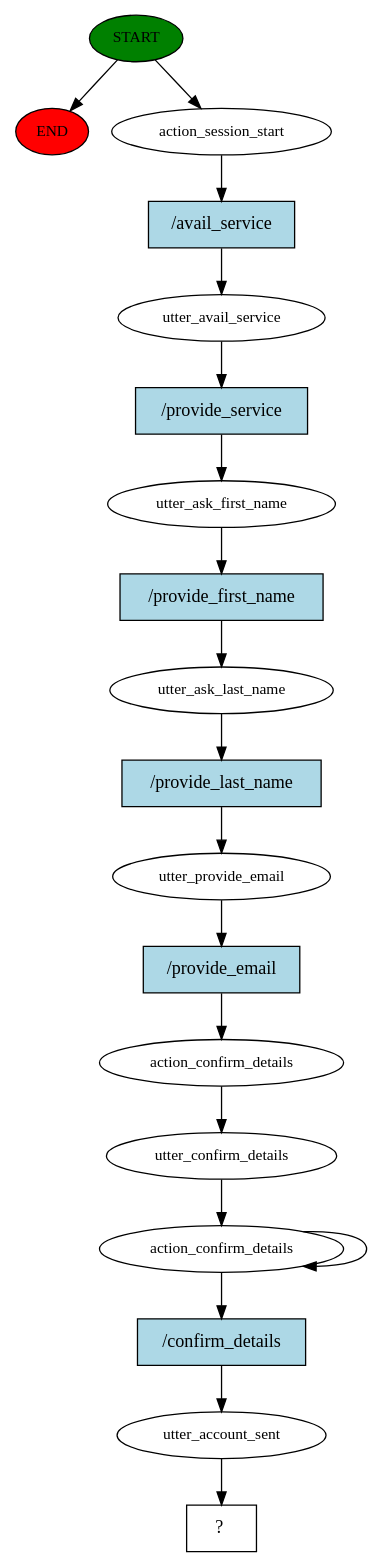
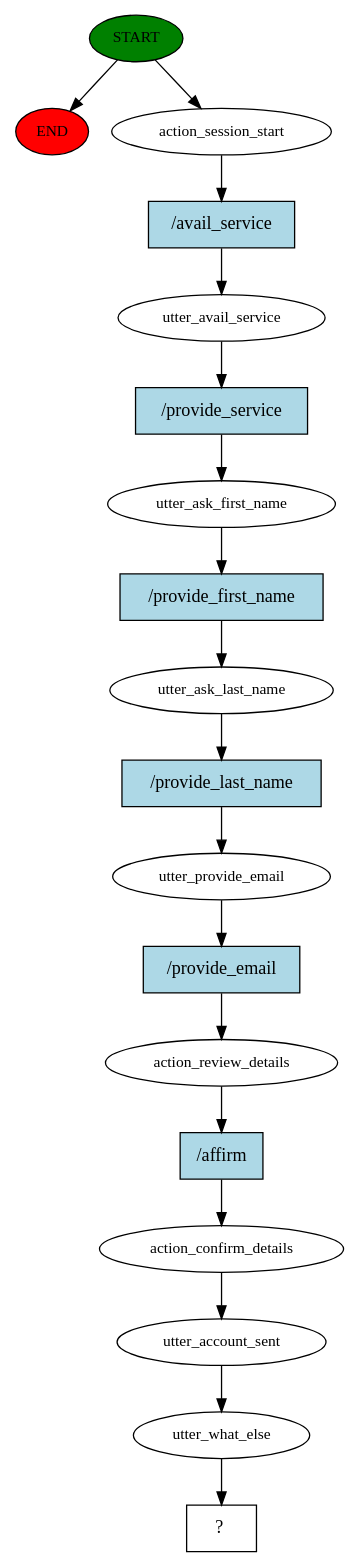
Before and after one commit to kazeulo/TUKIB: the diagram in LIRA Chatbot/story_graph.dot, drawn with Graphviz. The commit also changed 203 other files, not shown here.

```diff
--- a/LIRA Chatbot/story_graph.dot
+++ b/LIRA Chatbot/story_graph.dot
@@ -1,38 +1,37 @@
 digraph  {
 0 [class="start active", fillcolor=green, fontsize=12, label=START, style=filled];
 "-1" [class=end, fillcolor=red, fontsize=12, label=END, style=filled];
 1 [class=active, fontsize=12, label=action_session_start];
 2 [class=active, fontsize=12, label=utter_avail_service];
 3 [class=active, fontsize=12, label=utter_ask_first_name];
 4 [class=active, fontsize=12, label=utter_ask_last_name];
 5 [class=active, fontsize=12, label=utter_provide_email];
-6 [class=active, fontsize=12, label=action_confirm_details];
-7 [class=active, fontsize=12, label=utter_confirm_details];
-8 [class=active, fontsize=12, label=action_confirm_details];
-10 [class=active, fontsize=12, label=utter_account_sent];
-11 [class="intent dashed active", label="  ?  ", shape=rect];
-12 [class="intent active", fillcolor=lightblue, label="/avail_service", shape=rect, style=filled];
-13 [class="intent active", fillcolor=lightblue, label="/provide_service", shape=rect, style=filled];
-14 [class="intent active", fillcolor=lightblue, label="/provide_first_name", shape=rect, style=filled];
-15 [class="intent active", fillcolor=lightblue, label="/provide_last_name", shape=rect, style=filled];
-16 [class="intent active", fillcolor=lightblue, label="/provide_email", shape=rect, style=filled];
-17 [class="intent active", fillcolor=lightblue, label="/confirm_details", shape=rect, style=filled];
+6 [class=active, fontsize=12, label=action_review_details];
+7 [class=active, fontsize=12, label=action_confirm_details];
+8 [class=active, fontsize=12, label=utter_account_sent];
+9 [class=active, fontsize=12, label=utter_what_else];
+10 [class="intent dashed active", label="  ?  ", shape=rect];
+11 [class="intent active", fillcolor=lightblue, label="/avail_service", shape=rect, style=filled];
+12 [class="intent active", fillcolor=lightblue, label="/provide_service", shape=rect, style=filled];
+13 [class="intent active", fillcolor=lightblue, label="/provide_first_name", shape=rect, style=filled];
+14 [class="intent active", fillcolor=lightblue, label="/provide_last_name", shape=rect, style=filled];
+15 [class="intent active", fillcolor=lightblue, label="/provide_email", shape=rect, style=filled];
+16 [class="intent active", fillcolor=lightblue, label="/affirm", shape=rect, style=filled];
 0 -> "-1"  [class="", key=NONE, label=""];
 0 -> 1  [class=active, key=NONE, label=""];
-1 -> 12  [class=active, key=0];
-2 -> 13  [class=active, key=0];
-3 -> 14  [class=active, key=0];
-4 -> 15  [class=active, key=0];
-5 -> 16  [class=active, key=0];
-6 -> 7  [class=active, key=NONE, label=""];
+1 -> 11  [class=active, key=0];
+2 -> 12  [class=active, key=0];
+3 -> 13  [class=active, key=0];
+4 -> 14  [class=active, key=0];
+5 -> 15  [class=active, key=0];
+6 -> 16  [class=active, key=0];
 7 -> 8  [class=active, key=NONE, label=""];
-8 -> 8  [class=active, key=NONE, label=""];
-8 -> 17  [class=active, key=0];
-10 -> 11  [class=active, key=NONE, label=""];
-12 -> 2  [class=active, key=0];
-13 -> 3  [class=active, key=0];
-14 -> 4  [class=active, key=0];
-15 -> 5  [class=active, key=0];
-16 -> 6  [class=active, key=0];
-17 -> 10  [class=active, key=0];
+8 -> 9  [class=active, key=NONE, label=""];
+9 -> 10  [class=active, key=NONE, label=""];
+11 -> 2  [class=active, key=0];
+12 -> 3  [class=active, key=0];
+13 -> 4  [class=active, key=0];
+14 -> 5  [class=active, key=0];
+15 -> 6  [class=active, key=0];
+16 -> 7  [class=active, key=0];
 }
```
